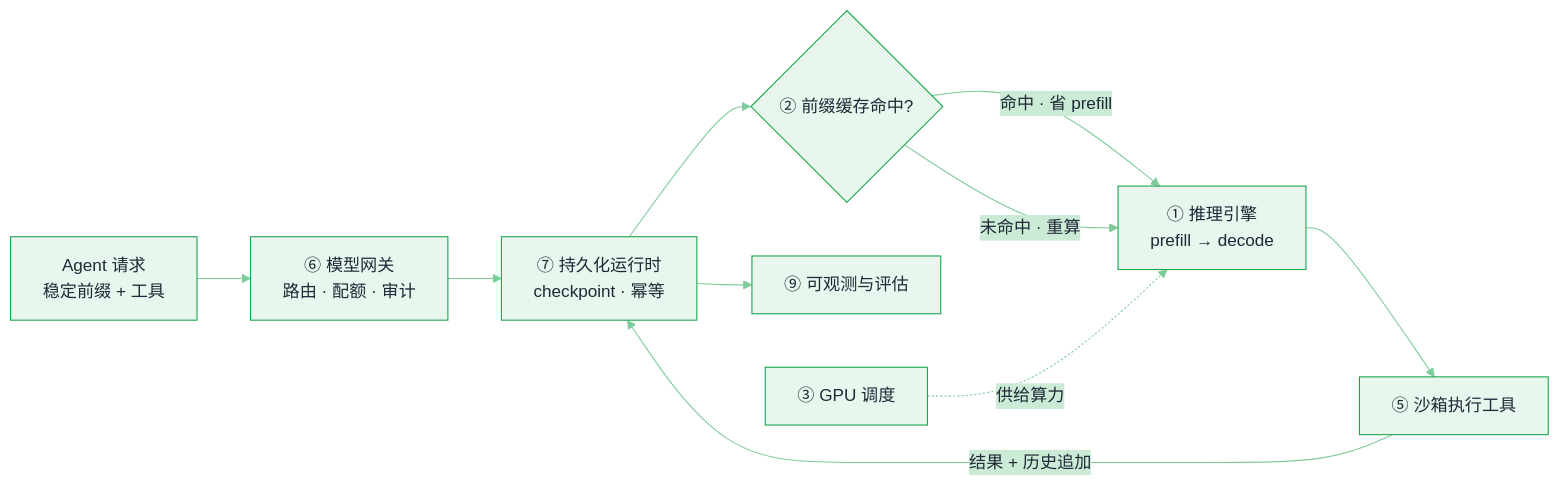
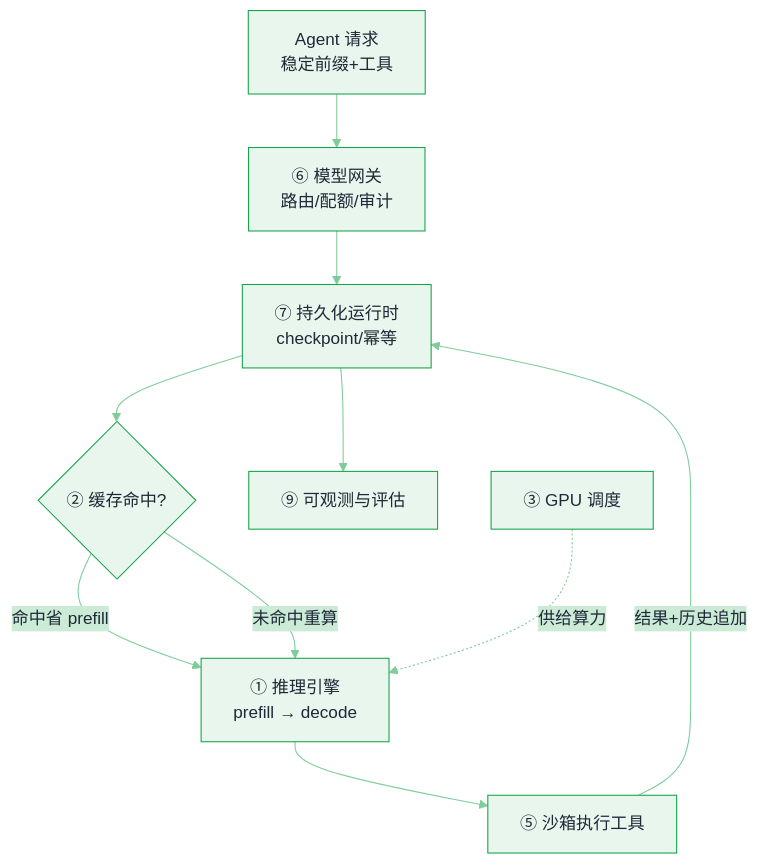
The diagram in docs/16-ai-infrastructure/README.md (funny8kids/ai-agent-handbook), drawn with Mermaid before and after one commit. The commit also changed other lines of this file and 45 other files, not shown here.

First line of the commit message:
Thicken 12 thin pages, clear 25 over-width diagrams, re-proportion 10 thin-ribbon diagrams

````diff
--- a/docs/16-ai-infrastructure/README.md
+++ b/docs/16-ai-infrastructure/README.md
@@ -41,13 +41,13 @@
 ```mermaid
 %%{init: {"theme":"base","themeVariables":{"primaryColor":"#E8F6ED","primaryBorderColor":"#16A34A","primaryTextColor":"#1F2937","secondaryColor":"#CCEBD7","tertiaryColor":"#F6FBF8","lineColor":"#7FCC9B","actorBkg":"#ECF8F1","actorBorder":"#16A34A","actorTextColor":"#1F2937","signalColor":"#5CBF80","noteBkgColor":"#D5EEDE","noteBorderColor":"#16A34A","noteTextColor":"#1F2937","labelBoxBkgColor":"#E8F6ED","labelBoxBorderColor":"#16A34A"}}}%%
-flowchart LR
-  REQ[Agent 请求<br/>稳定前缀 + 工具] --> GW[⑥ 模型网关<br/>路由 · 配额 · 审计]
-  GW --> RT[⑦ 持久化运行时<br/>checkpoint · 幂等]
-  RT --> CACHE{② 前缀缓存命中?}
-  CACHE -- 命中 · 省 prefill --> ENG[① 推理引擎<br/>prefill → decode]
-  CACHE -- 未命中 · 重算 --> ENG
+flowchart TB
+  REQ[Agent 请求<br/>稳定前缀+工具] --> GW[⑥ 模型网关<br/>路由/配额/审计]
+  GW --> RT[⑦ 持久化运行时<br/>checkpoint/幂等]
+  RT --> CACHE{② 缓存命中?}
+  CACHE -- 命中省 prefill --> ENG[① 推理引擎<br/>prefill → decode]
+  CACHE -- 未命中重算 --> ENG
   ENG --> TOOL[⑤ 沙箱执行工具]
-  TOOL -- 结果 + 历史追加 --> RT
+  TOOL -- 结果+历史追加 --> RT
   RT --> OBS[⑨ 可观测与评估]
   GPU[③ GPU 调度] -. 供给算力 .-> ENG
 ```
````
